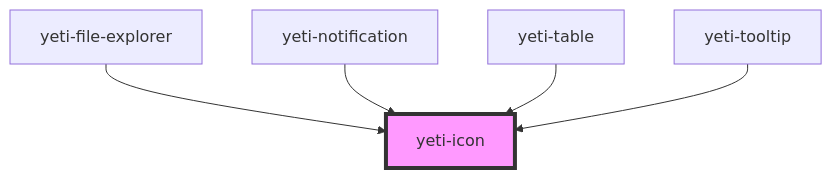
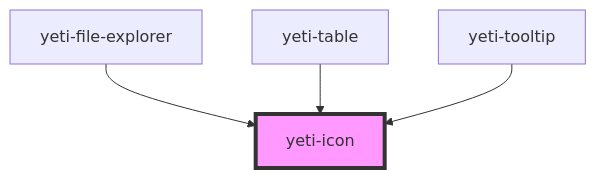
The diagram in src/components/yeti-icon/readme.md (msoltvedt/yeti), drawn with Mermaid before and after one commit. The commit also changed other lines of this file and 60 other files, not shown here.

````diff
--- a/src/components/yeti-icon/readme.md
+++ b/src/components/yeti-icon/readme.md
@@ -30,8 +29,7 @@
 ```mermaid
 graph TD;
   yeti-file-explorer --> yeti-icon
-  yeti-notification --> yeti-icon
   yeti-table --> yeti-icon
   yeti-tooltip --> yeti-icon
   style yeti-icon fill:#f9f,stroke:#333,stroke-width:4px
 ```
````
